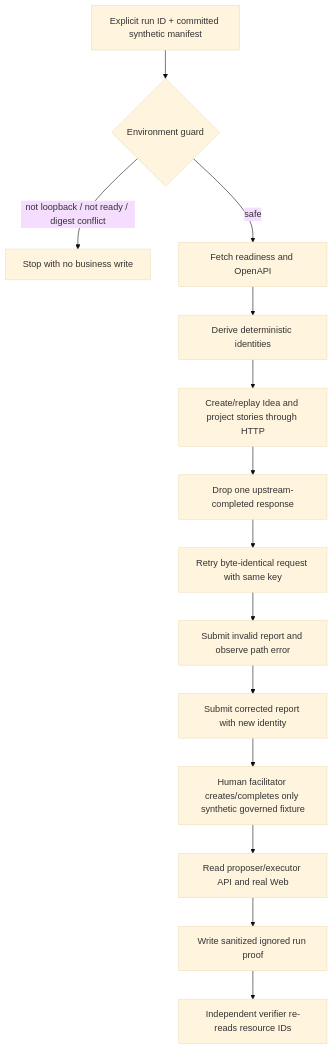
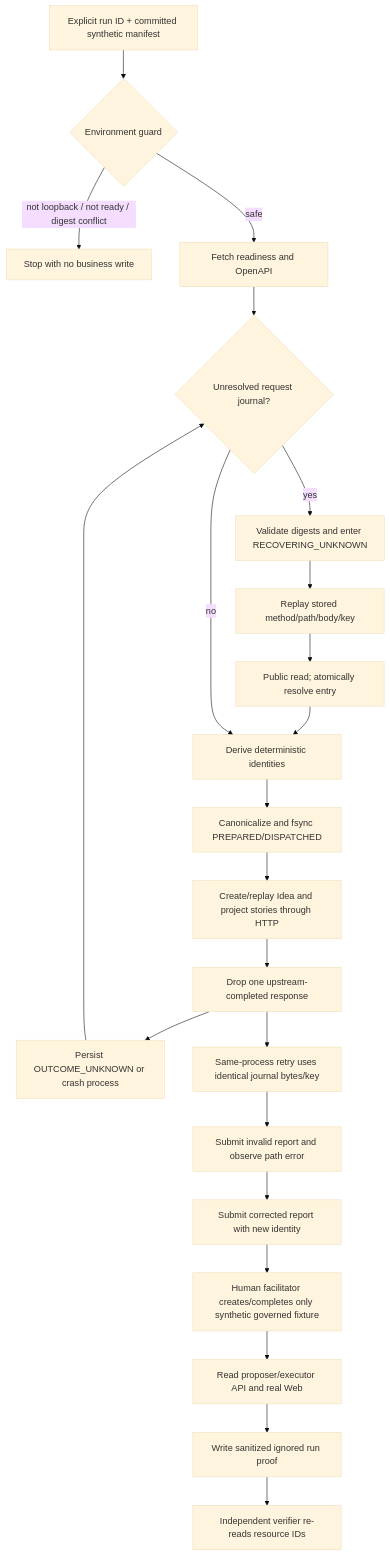
The fourth of 4 diagrams in docs/feature/lp-04-ai-skill-demo/design.md (zhanghao1903/idea-trace-validation), drawn with Mermaid (base theme) before and after one commit. The commit also changed other lines of this file and 1 other file, not shown here.

````diff
--- a/docs/feature/lp-04-ai-skill-demo/design.md
+++ b/docs/feature/lp-04-ai-skill-demo/design.md
@@ -302,16 +369,24 @@
 ```mermaid
 flowchart TD
   A["Explicit run ID + committed synthetic manifest"] --> B{"Environment guard"}
   B -->|"not loopback / not ready / digest conflict"| X["Stop with no business write"]
   B -->|"safe"| C["Fetch readiness and OpenAPI"]
-  C --> D["Derive deterministic identities"]
-  D --> E["Create/replay Idea and project stories through HTTP"]
-  E --> F["Drop one upstream-completed response"]
-  F --> G["Retry byte-identical request with same key"]
-  G --> H["Submit invalid report and observe path error"]
+  C --> R{"Unresolved request journal?"}
+  R -->|"yes"| R1["Validate digests and enter RECOVERING_UNKNOWN"]
+  R1 --> R2["Replay stored method/path/body/key"]
+  R2 --> R3["Public read; atomically resolve entry"]
+  R3 --> D["Resume last durable run checkpoint"]
+  R -->|"no"| D["Derive deterministic identities"]
+  D --> E["Canonicalize and fsync PREPARED/DISPATCHED"]
+  E --> F["Create/replay Idea and project stories through HTTP"]
+  F --> G["Drop one upstream-completed response"]
+  G --> G1["Persist OUTCOME_UNKNOWN or crash process"]
+  G1 --> R
+  G --> G2["Same-process retry uses identical journal bytes/key"]
+  G2 --> H["Submit invalid report and observe path error"]
   H --> I["Submit corrected report with new identity"]
   I --> J["Human facilitator creates/completes only synthetic governed fixture"]
   J --> K["Read proposer/executor API and real Web"]
   K --> L["Write sanitized ignored run proof"]
   L --> M["Independent verifier re-reads resource IDs"]
 ```
````
